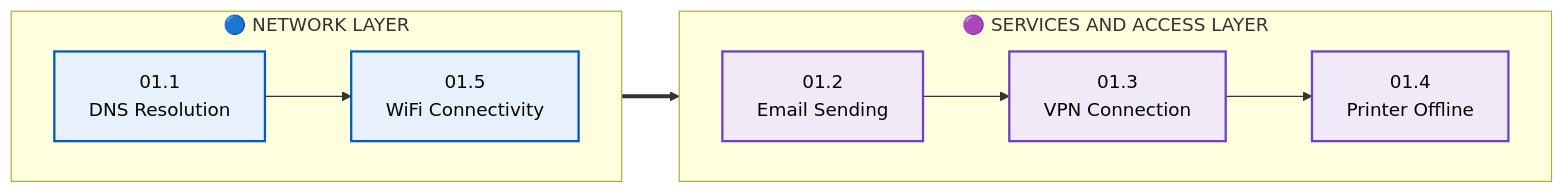
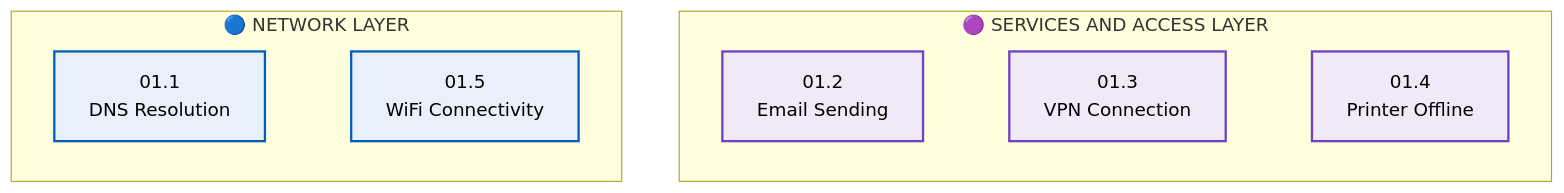
One commit to malaika-azhar/Customer-Tech-Support-Portfolio changed the first of 5 diagrams in 01-Video-knowledge-base/README.md. Above: the diagram before and after it, drawn with Mermaid. The commit also changed other lines of this file, not shown here.

````diff
--- a/01-Video-knowledge-base/README.md
+++ b/01-Video-knowledge-base/README.md
@@ -161,18 +161,17 @@
 ```mermaid
 flowchart LR
     subgraph L1["🔵 NETWORK LAYER"]
         direction LR
-        S1["01.1<br/>DNS Resolution"] --> S5["01.5<br/>WiFi Connectivity"]
+        S1["01.1<br/>DNS Resolution"] ~~~ S5["01.5<br/>WiFi Connectivity"]
     end
     subgraph L2["🟣 SERVICES AND ACCESS LAYER"]
         direction LR
-        S2["01.2<br/>Email Sending"] --> S3["01.3<br/>VPN Connection"]
-        S3 --> S4["01.4<br/>Printer Offline"]
+        S2["01.2<br/>Email Sending"] ~~~ S3["01.3<br/>VPN Connection"] ~~~ S4["01.4<br/>Printer Offline"]
     end
-    S5 ==> S2
+    L1 ~~~ L2
 
     classDef one fill:#e8f1fb,stroke:#005EB8,stroke-width:2px,color:#000
     classDef two fill:#f0eaf8,stroke:#6f42c1,stroke-width:2px,color:#000
     class S1,S5 one
     class S2,S3,S4 two
 ```
````
